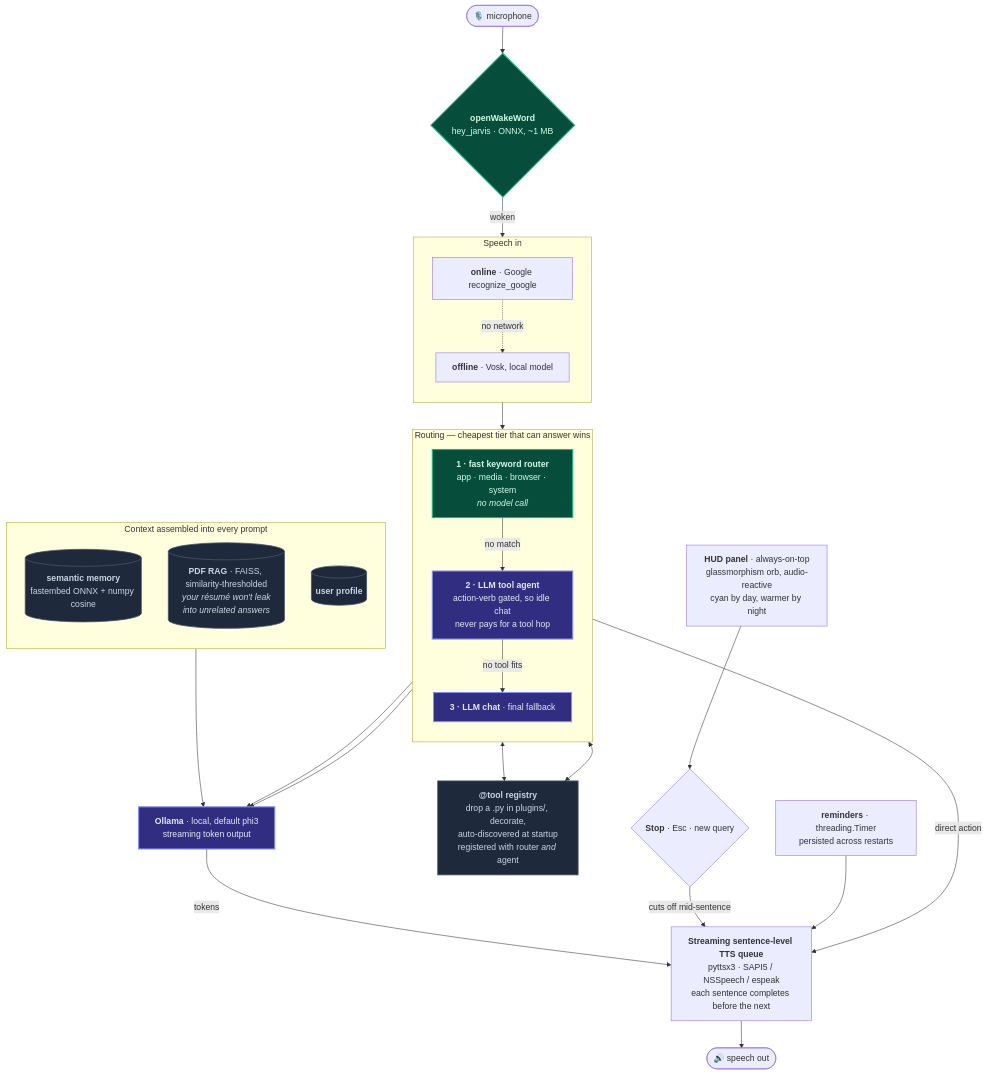
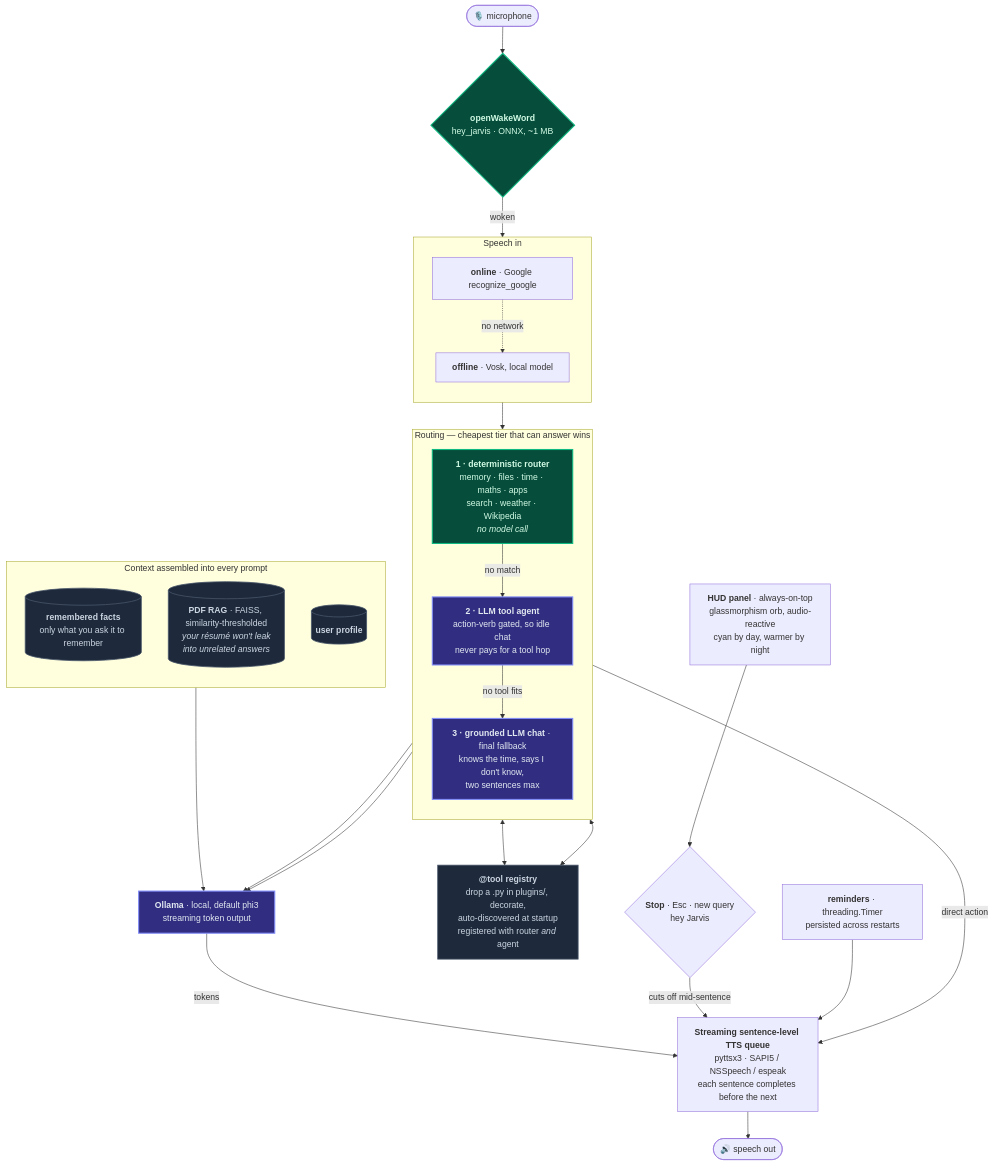
Before and after one commit to Shaan-alpha/jarvis-py: the diagram in README.md, drawn with Mermaid. The commit also changed other lines of this file and 92 other files, not shown here.

````diff
--- a/README.md
+++ b/README.md
@@ -41,57 +41,57 @@
 ```mermaid
 flowchart TD
     MIC(["🎙️ microphone"])
     WAKE{"<b>openWakeWord</b><br/>hey_jarvis · ONNX, ~1 MB"}
 
     subgraph STT ["Speech in"]
         direction TB
         ON["<b>online</b> · Google recognize_google"]
         OFF["<b>offline</b> · Vosk, local model"]
         ON -.->|"no network"| OFF
     end
 
     subgraph ROUTE ["Routing — cheapest tier that can answer wins"]
         direction TB
-        R1["<b>1 · fast keyword router</b><br/>app · media · browser · system<br/><i>no model call</i>"]
+        R1["<b>1 · deterministic router</b><br/>memory · files · time · maths · apps<br/>search · weather · Wikipedia<br/><i>no model call</i>"]
         R2["<b>2 · LLM tool agent</b><br/>action-verb gated, so idle chat<br/>never pays for a tool hop"]
-        R3["<b>3 · LLM chat</b> · final fallback"]
+        R3["<b>3 · grounded LLM chat</b> · final fallback<br/>knows the time, says I don't know,<br/>two sentences max"]
         R1 -->|"no match"| R2 -->|"no tool fits"| R3
     end
 
     subgraph CTX ["Context assembled into every prompt"]
         direction TB
-        SEM[("<b>semantic memory</b><br/>fastembed ONNX + numpy cosine")]
+        SEM[("<b>remembered facts</b><br/>only what you ask it to remember")]
         RAG[("<b>PDF RAG</b> · FAISS, similarity-thresholded<br/><i>your résumé won't leak<br/>into unrelated answers</i>")]
         PROF[("<b>user profile</b>")]
     end
 
     LLM["<b>Ollama</b> · local, default phi3<br/>streaming token output"]
     REG["<b>@tool registry</b><br/>drop a .py in plugins/, decorate,<br/>auto-discovered at startup<br/>registered with router <i>and</i> agent"]
 
     TTS["<b>Streaming sentence-level TTS queue</b><br/>pyttsx3 · SAPI5 / NSSpeech / espeak<br/>each sentence completes before the next"]
-    STOP{"<b>Stop</b> · Esc · new query"}
+    STOP{"<b>Stop</b> · Esc · new query<br/>hey Jarvis"}
     SPK(["🔊 speech out"])
     HUD["<b>HUD panel</b> · always-on-top<br/>glassmorphism orb, audio-reactive<br/>cyan by day, warmer by night"]
     TIMER["<b>reminders</b> · threading.Timer<br/>persisted across restarts"]
 
     MIC --> WAKE -->|"woken"| ON
     STT --> R1
     R2 <--> REG
     R1 <--> REG
     R3 --> LLM
     R2 --> LLM
     CTX --> LLM
     LLM -->|"tokens"| TTS
     R1 -->|"direct action"| TTS
     TTS --> SPK
     STOP -->|"cuts off mid-sentence"| TTS
     HUD --> STOP
     TIMER --> TTS
 
     classDef cheap fill:#064e3b,stroke:#10b981,stroke-width:2px,color:#d1fae5
     classDef model fill:#312e81,stroke:#818cf8,stroke-width:2px,color:#e2e8f0
     classDef store fill:#1e293b,stroke:#475569,stroke-width:1.5px,color:#cbd5e1
     class R1,WAKE cheap
     class R2,R3,LLM model
     class SEM,RAG,PROF,REG store
 ```
````
